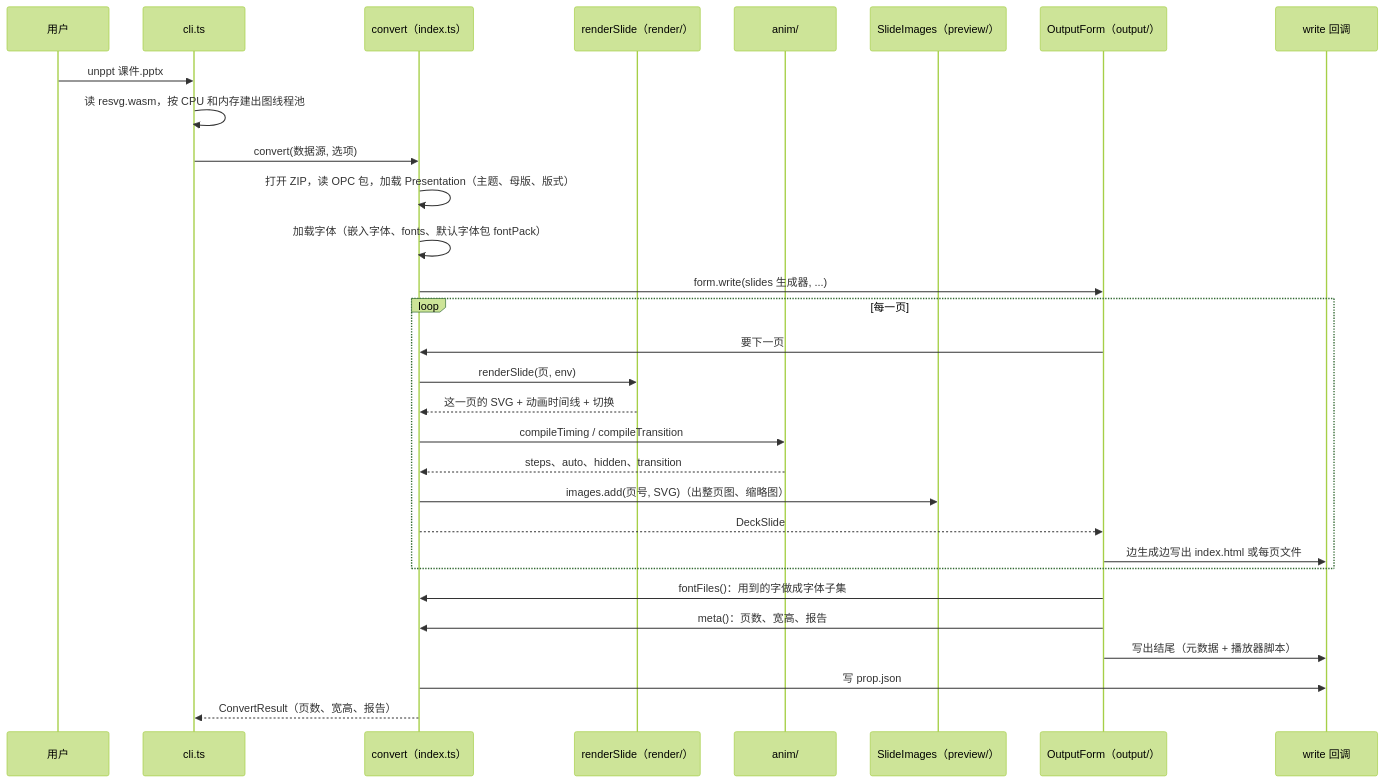
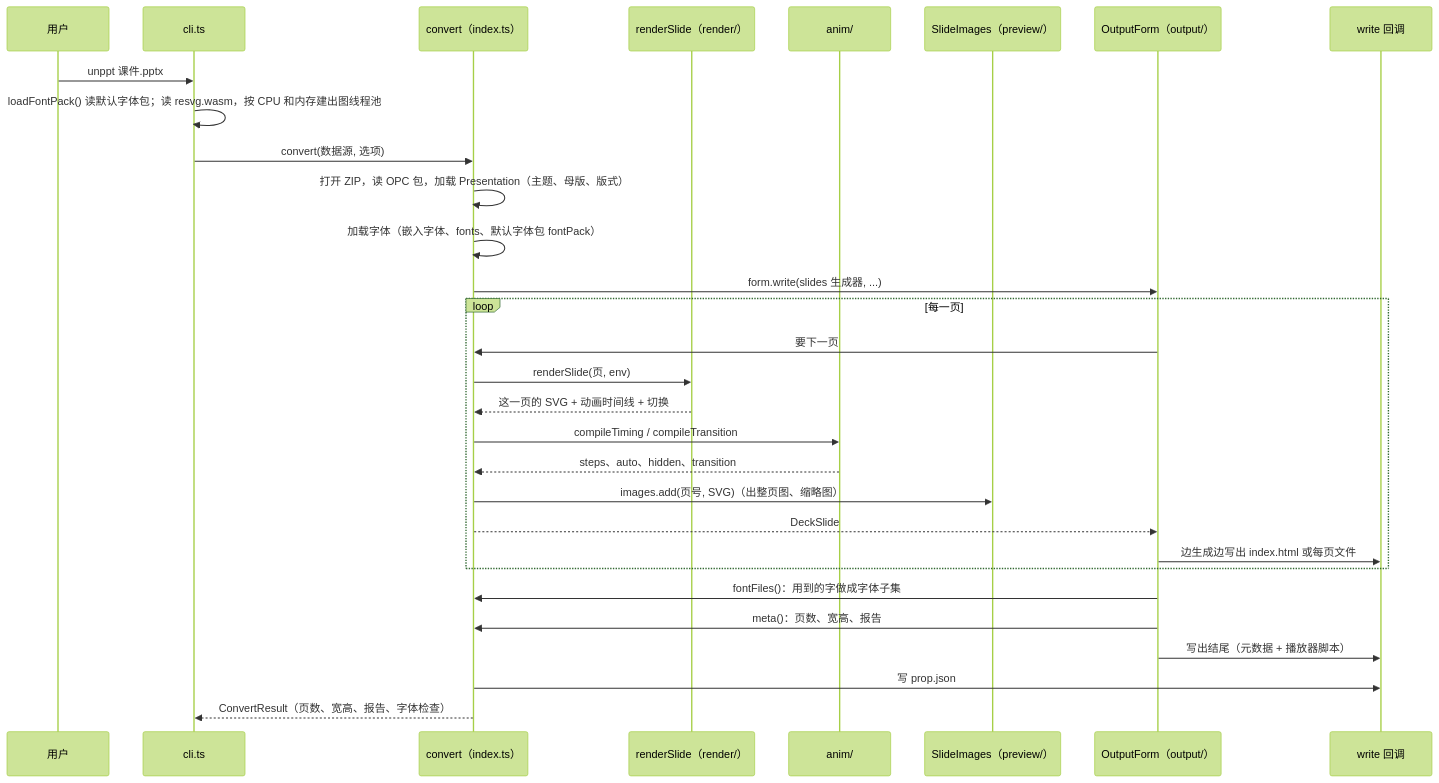
One commit to spitmaster/unppt changed the fifth of 16 diagrams in docs/zh/architecture.md. Above: the diagram before and after it, drawn with Mermaid (forest theme). The commit also changed other lines of this file and 2 other files, not shown here.

Commit message:
docs: 架构文档对照 0.3.1 代码更新——字体包作为输入、checkFonts / cli-check.ts / node-fonts.ts、字体库 library.ts、可变字体实例、符号字体 cmap、图表文字字体 chart-fonts.ts、标点禁则 kinsoku.ts、出图按能画全文字选字体；效果数字换成 0.3.1 测试报告；去掉已全部完成的"重构前的问题"表和已解决的"可变字体"差距

````diff
--- a/docs/zh/architecture.md
+++ b/docs/zh/architecture.md
@@ -207,33 +207,33 @@
 ```mermaid
 sequenceDiagram
   participant U as 用户
   participant CLI as cli.ts
   participant C as convert（index.ts）
   participant R as renderSlide（render/）
   participant A as anim/
   participant I as SlideImages（preview/）
   participant O as OutputForm（output/）
   participant W as write 回调
 
   U->>CLI: unppt 课件.pptx
-  CLI->>CLI: 读 resvg.wasm，按 CPU 和内存建出图线程池
+  CLI->>CLI: loadFontPack() 读默认字体包；读 resvg.wasm，按 CPU 和内存建出图线程池
   CLI->>C: convert(数据源, 选项)
   C->>C: 打开 ZIP，读 OPC 包，加载 Presentation（主题、母版、版式）
   C->>C: 加载字体（嵌入字体、fonts、默认字体包 fontPack）
   C->>O: form.write(slides 生成器, ...)
   loop 每一页
     O->>C: 要下一页
     C->>R: renderSlide(页, env)
     R-->>C: 这一页的 SVG + 动画时间线 + 切换
     C->>A: compileTiming / compileTransition
     A-->>C: steps、auto、hidden、transition
     C->>I: images.add(页号, SVG)（出整页图、缩略图）
     C-->>O: DeckSlide
     O->>W: 边生成边写出 index.html 或每页文件
   end
   O->>C: fontFiles()：用到的字做成字体子集
   O->>C: meta()：页数、宽高、报告
   O->>W: 写出结尾（元数据 + 播放器脚本）
   C->>W: 写 prop.json
-  C-->>CLI: ConvertResult（页数、宽高、报告）
+  C-->>CLI: ConvertResult（页数、宽高、报告、字体检查）
 ```
````
